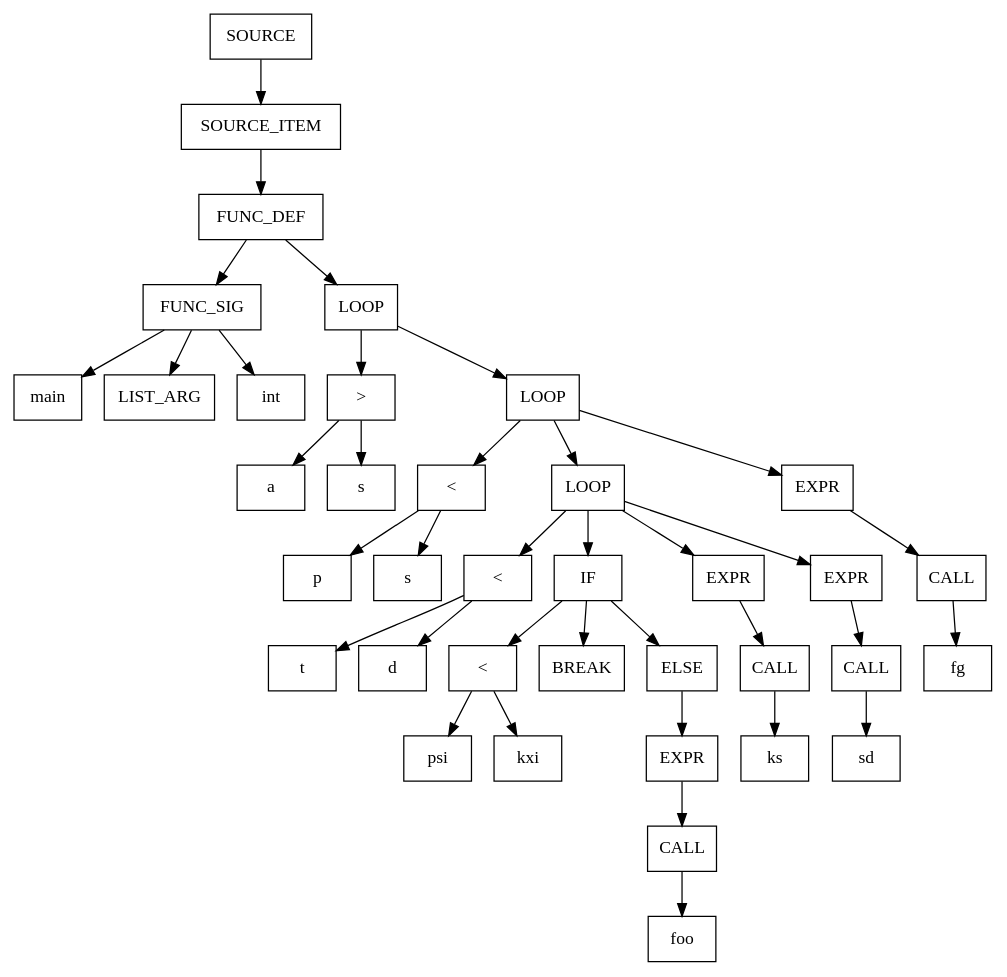
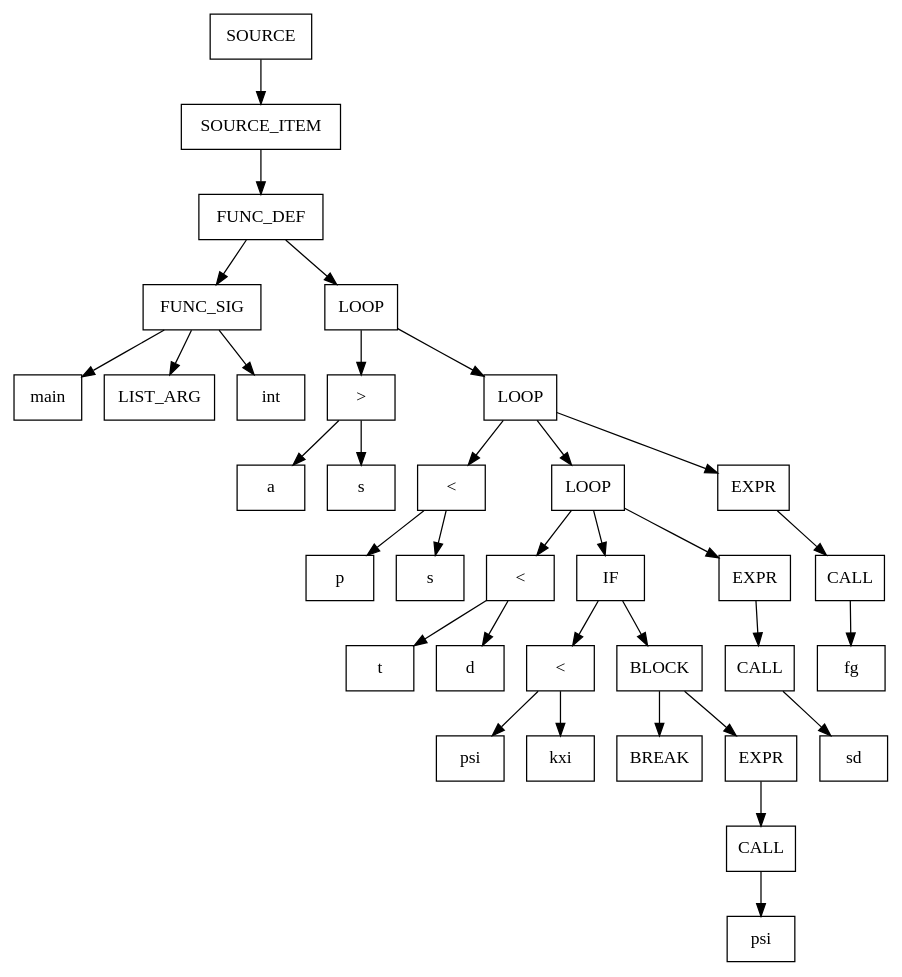
Before and after one commit to popov-p/itmo-spo-2024: the diagram in Lab-2/src/tree.dot, drawn with Graphviz. The commit also changed 6 other files, not shown here.

```diff
--- a/Lab-2/src/tree.dot
+++ b/Lab-2/src/tree.dot
@@ -1,76 +1,70 @@
 digraph AST {
     node [shape=box];
-    cluster_0_node2299186720 [label="SOURCE"];
-    cluster_0_node2299186408 [label="SOURCE_ITEM"];
-    cluster_0_node2299183600 [label="FUNC_DEF"];
-    cluster_0_node2299163632 [label="FUNC_SIG"];
-    cluster_0_node2299163008 [label="main"];
-    cluster_0_node2299163320 [label="LIST_ARG"];
-    cluster_0_node2299164256 [label="int"];
-    cluster_0_node2299184224 [label="LOOP"];
-    cluster_0_node2299165816 [label=">"];
-    cluster_0_node2299166128 [label="a"];
-    cluster_0_node2299166752 [label="s"];
-    cluster_0_node2299184536 [label="LOOP"];
-    cluster_0_node2299167688 [label="<"];
-    cluster_0_node2299168000 [label="p"];
-    cluster_0_node2299168624 [label="s"];
-    cluster_0_node2299181728 [label="LOOP"];
-    cluster_0_node2299169560 [label="<"];
-    cluster_0_node2299169872 [label="t"];
-    cluster_0_node2299170496 [label="d"];
-    cluster_0_node2299177672 [label="IF"];
-    cluster_0_node2299171432 [label="<"];
-    cluster_0_node2299171744 [label="psi"];
-    cluster_0_node2299172368 [label="kxi"];
-    cluster_0_node2299172056 [label="BREAK"];
-    cluster_0_node2299175800 [label="ELSE"];
-    cluster_0_node2299177360 [label="EXPR"];
-    cluster_0_node2299177048 [label="CALL"];
-    cluster_0_node2299176736 [label="foo"];
-    cluster_0_node2299180480 [label="EXPR"];
-    cluster_0_node2299180168 [label="CALL"];
-    cluster_0_node2299179856 [label="ks"];
-    cluster_0_node2299183288 [label="EXPR"];
-    cluster_0_node2299182976 [label="CALL"];
-    cluster_0_node2299182664 [label="sd"];
-    cluster_0_node2299186096 [label="EXPR"];
-    cluster_0_node2299185784 [label="CALL"];
-    cluster_0_node2299185472 [label="fg"];
-    cluster_0_node2299186720 -> cluster_0_node2299186408;
-    cluster_0_node2299186408 -> cluster_0_node2299183600;
-    cluster_0_node2299183600 -> cluster_0_node2299163632;
-    cluster_0_node2299163632 -> cluster_0_node2299163008;
-    cluster_0_node2299163632 -> cluster_0_node2299163320;
-    cluster_0_node2299163632 -> cluster_0_node2299164256;
-    cluster_0_node2299183600 -> cluster_0_node2299184224;
-    cluster_0_node2299184224 -> cluster_0_node2299165816;
-    cluster_0_node2299165816 -> cluster_0_node2299166128;
-    cluster_0_node2299165816 -> cluster_0_node2299166752;
-    cluster_0_node2299184224 -> cluster_0_node2299184536;
-    cluster_0_node2299184536 -> cluster_0_node2299167688;
-    cluster_0_node2299167688 -> cluster_0_node2299168000;
-    cluster_0_node2299167688 -> cluster_0_node2299168624;
-    cluster_0_node2299184536 -> cluster_0_node2299181728;
-    cluster_0_node2299181728 -> cluster_0_node2299169560;
-    cluster_0_node2299169560 -> cluster_0_node2299169872;
-    cluster_0_node2299169560 -> cluster_0_node2299170496;
-    cluster_0_node2299181728 -> cluster_0_node2299177672;
-    cluster_0_node2299177672 -> cluster_0_node2299171432;
-    cluster_0_node2299171432 -> cluster_0_node2299171744;
-    cluster_0_node2299171432 -> cluster_0_node2299172368;
-    cluster_0_node2299177672 -> cluster_0_node2299172056;
-    cluster_0_node2299177672 -> cluster_0_node2299175800;
-    cluster_0_node2299175800 -> cluster_0_node2299177360;
-    cluster_0_node2299177360 -> cluster_0_node2299177048;
-    cluster_0_node2299177048 -> cluster_0_node2299176736;
-    cluster_0_node2299181728 -> cluster_0_node2299180480;
-    cluster_0_node2299180480 -> cluster_0_node2299180168;
-    cluster_0_node2299180168 -> cluster_0_node2299179856;
-    cluster_0_node2299181728 -> cluster_0_node2299183288;
-    cluster_0_node2299183288 -> cluster_0_node2299182976;
-    cluster_0_node2299182976 -> cluster_0_node2299182664;
-    cluster_0_node2299184536 -> cluster_0_node2299186096;
-    cluster_0_node2299186096 -> cluster_0_node2299185784;
-    cluster_0_node2299185784 -> cluster_0_node2299185472;
+    cluster_0_node2388695320 [label="SOURCE"];
+    cluster_0_node2388695008 [label="SOURCE_ITEM"];
+    cluster_0_node2388692200 [label="FUNC_DEF"];
+    cluster_0_node2388669424 [label="FUNC_SIG"];
+    cluster_0_node2388668800 [label="main"];
+    cluster_0_node2388669112 [label="LIST_ARG"];
+    cluster_0_node2388670048 [label="int"];
+    cluster_0_node2388692824 [label="LOOP"];
+    cluster_0_node2388671608 [label=">"];
+    cluster_0_node2388671920 [label="a"];
+    cluster_0_node2388672544 [label="s"];
+    cluster_0_node2388693136 [label="LOOP"];
+    cluster_0_node2388673480 [label="<"];
+    cluster_0_node2388673792 [label="p"];
+    cluster_0_node2388674416 [label="s"];
+    cluster_0_node2388690328 [label="LOOP"];
+    cluster_0_node2388675352 [label="<"];
+    cluster_0_node2388675664 [label="t"];
+    cluster_0_node2388676288 [label="d"];
+    cluster_0_node2388687208 [label="IF"];
+    cluster_0_node2388677224 [label="<"];
+    cluster_0_node2388677536 [label="psi"];
+    cluster_0_node2388678160 [label="kxi"];
+    cluster_0_node2388689080 [label="BLOCK"];
+    cluster_0_node2388685960 [label="BREAK"];
+    cluster_0_node2388688768 [label="EXPR"];
+    cluster_0_node2388688456 [label="CALL"];
+    cluster_0_node2388688144 [label="psi"];
+    cluster_0_node2388691888 [label="EXPR"];
+    cluster_0_node2388691576 [label="CALL"];
+    cluster_0_node2388691264 [label="sd"];
+    cluster_0_node2388694696 [label="EXPR"];
+    cluster_0_node2388694384 [label="CALL"];
+    cluster_0_node2388694072 [label="fg"];
+    cluster_0_node2388695320 -> cluster_0_node2388695008;
+    cluster_0_node2388695008 -> cluster_0_node2388692200;
+    cluster_0_node2388692200 -> cluster_0_node2388669424;
+    cluster_0_node2388669424 -> cluster_0_node2388668800;
+    cluster_0_node2388669424 -> cluster_0_node2388669112;
+    cluster_0_node2388669424 -> cluster_0_node2388670048;
+    cluster_0_node2388692200 -> cluster_0_node2388692824;
+    cluster_0_node2388692824 -> cluster_0_node2388671608;
+    cluster_0_node2388671608 -> cluster_0_node2388671920;
+    cluster_0_node2388671608 -> cluster_0_node2388672544;
+    cluster_0_node2388692824 -> cluster_0_node2388693136;
+    cluster_0_node2388693136 -> cluster_0_node2388673480;
+    cluster_0_node2388673480 -> cluster_0_node2388673792;
+    cluster_0_node2388673480 -> cluster_0_node2388674416;
+    cluster_0_node2388693136 -> cluster_0_node2388690328;
+    cluster_0_node2388690328 -> cluster_0_node2388675352;
+    cluster_0_node2388675352 -> cluster_0_node2388675664;
+    cluster_0_node2388675352 -> cluster_0_node2388676288;
+    cluster_0_node2388690328 -> cluster_0_node2388687208;
+    cluster_0_node2388687208 -> cluster_0_node2388677224;
+    cluster_0_node2388677224 -> cluster_0_node2388677536;
+    cluster_0_node2388677224 -> cluster_0_node2388678160;
+    cluster_0_node2388687208 -> cluster_0_node2388689080;
+    cluster_0_node2388689080 -> cluster_0_node2388685960;
+    cluster_0_node2388689080 -> cluster_0_node2388688768;
+    cluster_0_node2388688768 -> cluster_0_node2388688456;
+    cluster_0_node2388688456 -> cluster_0_node2388688144;
+    cluster_0_node2388690328 -> cluster_0_node2388691888;
+    cluster_0_node2388691888 -> cluster_0_node2388691576;
+    cluster_0_node2388691576 -> cluster_0_node2388691264;
+    cluster_0_node2388693136 -> cluster_0_node2388694696;
+    cluster_0_node2388694696 -> cluster_0_node2388694384;
+    cluster_0_node2388694384 -> cluster_0_node2388694072;
 }
```
